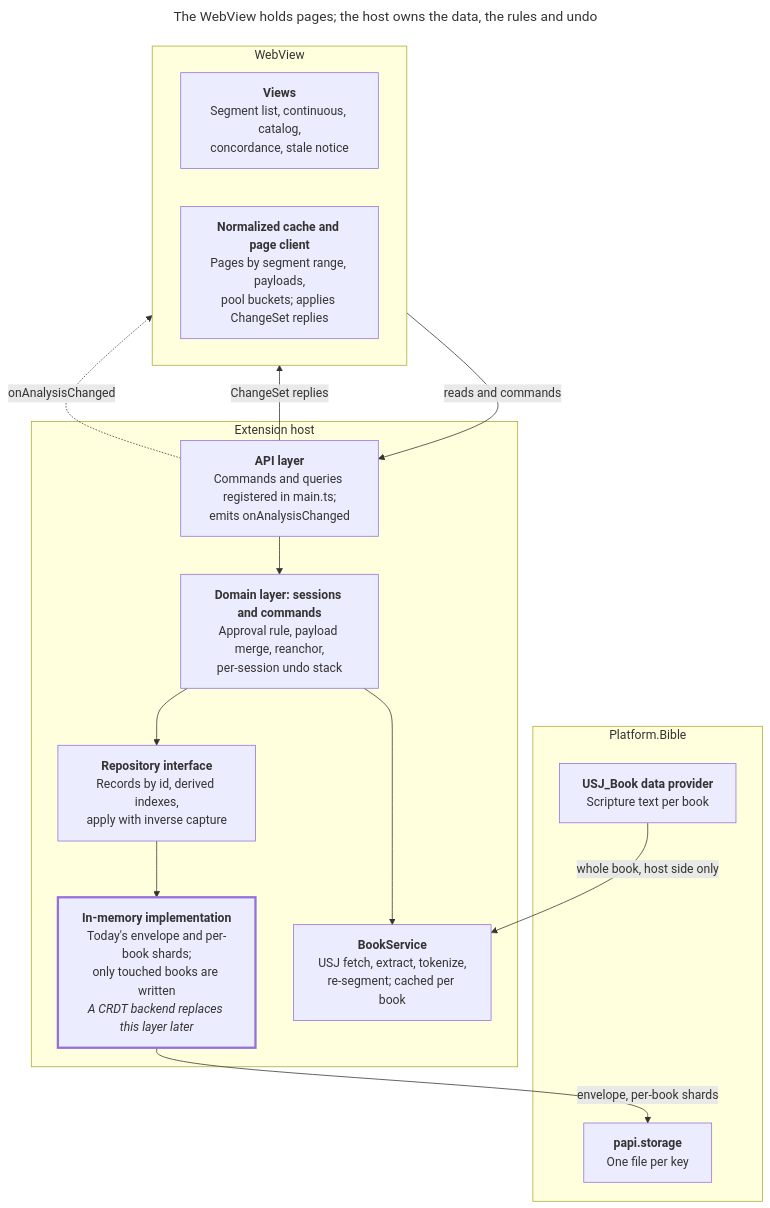
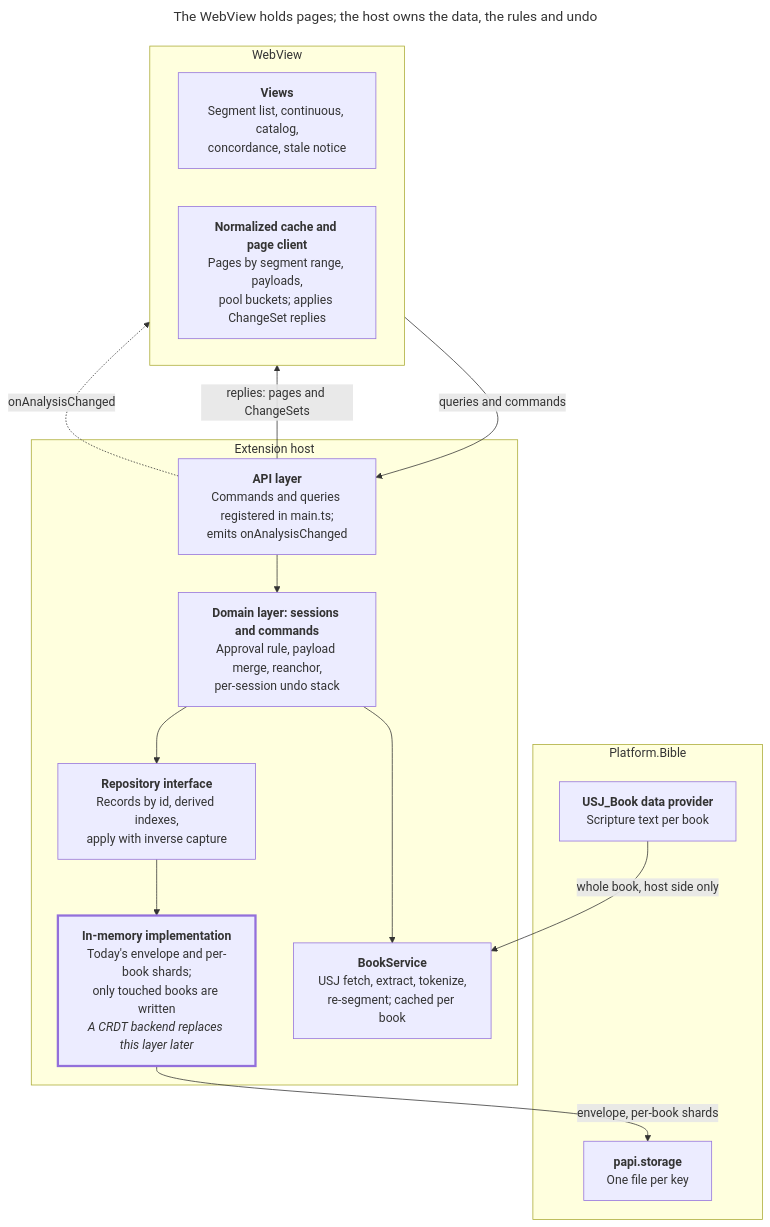
One commit to sillsdev/interlinearizer-extension changed the first of 2 diagrams in docs/data-layer-plan/plan.md. Above: the diagram before and after it, drawn with Mermaid. The commit also changed other lines of this file and 2 other files, not shown here.

First line of the commit message:
Separate PAPI commands from plan commands in the data layer plan

````diff
--- a/docs/data-layer-plan/plan.md
+++ b/docs/data-layer-plan/plan.md
@@ -33,30 +33,30 @@
 ```mermaid
 ---
 title: The WebView holds pages; the host owns the data, the rules and undo
 ---
 flowchart TB
   subgraph WV["WebView"]
     views["<b>Views</b><br/>Segment list, continuous, catalog,<br/>concordance, stale notice"]
     cache["<b>Normalized cache and page client</b><br/>Pages by segment range, payloads,<br/>pool buckets; applies ChangeSet replies"]
   end
   subgraph EH["Extension host"]
     api["<b>API layer</b><br/>Commands and queries registered in main.ts;<br/>emits onAnalysisChanged"]
     domain["<b>Domain layer: sessions and commands</b><br/>Approval rule, payload merge, reanchor,<br/>per-session undo stack"]
     repo["<b>Repository interface</b><br/>Records by id, derived indexes,<br/>apply with inverse capture"]
     mem["<b>In-memory implementation</b><br/>Today's envelope and per-book shards;<br/>only touched books are written<br/><i>A CRDT backend replaces this layer later</i>"]
     book["<b>BookService</b><br/>USJ fetch, extract, tokenize,<br/>re-segment; cached per book"]
   end
   subgraph PB["Platform.Bible"]
     storage["<b>papi.storage</b><br/>One file per key"]
     usj["<b>USJ_Book data provider</b><br/>Scripture text per book"]
   end
-  WV -- "reads and commands" --> api
-  api -- "ChangeSet replies" --> WV
+  WV -- "queries and commands" --> api
+  api -- "replies: pages and ChangeSets" --> WV
   api -. "onAnalysisChanged" .-> WV
   api --> domain --> repo --> mem
   domain --> book
   mem -- "envelope, per-book shards" --> storage
   usj -- "whole book, host side only" --> book
   classDef replaceable stroke-width:3px
   class mem replaceable
 ```
````
